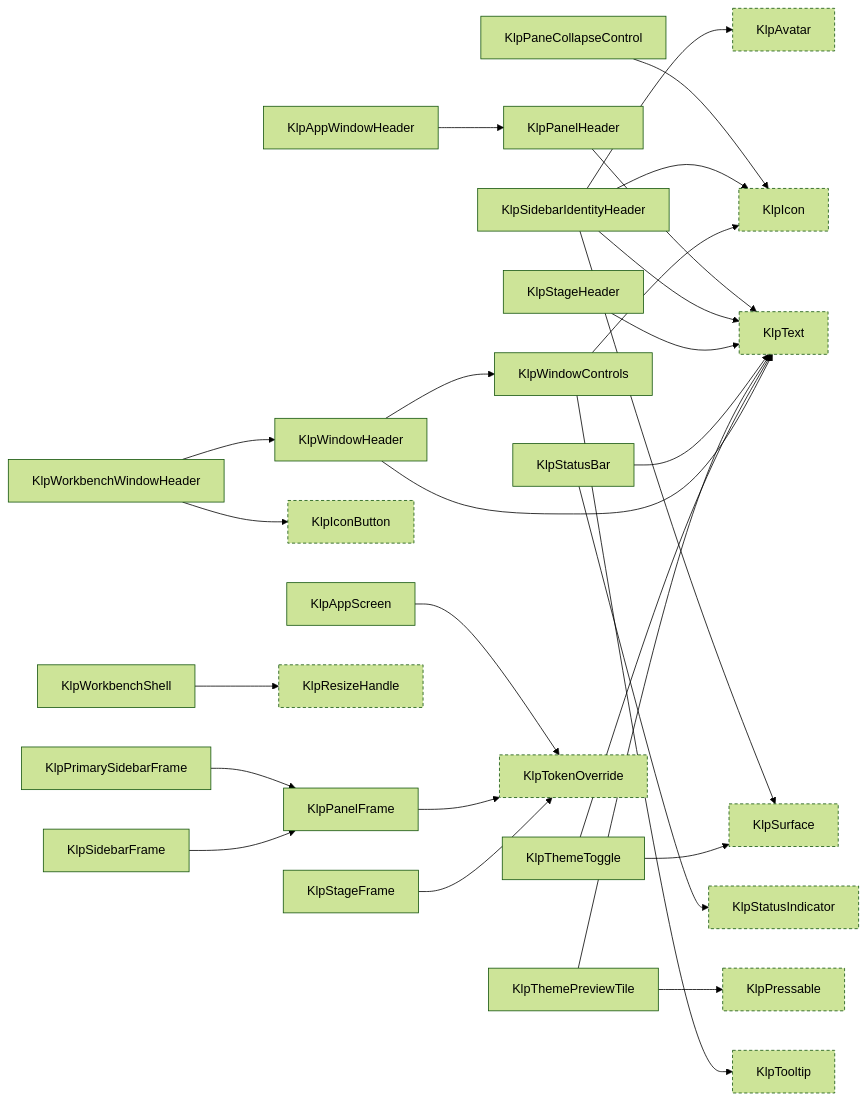
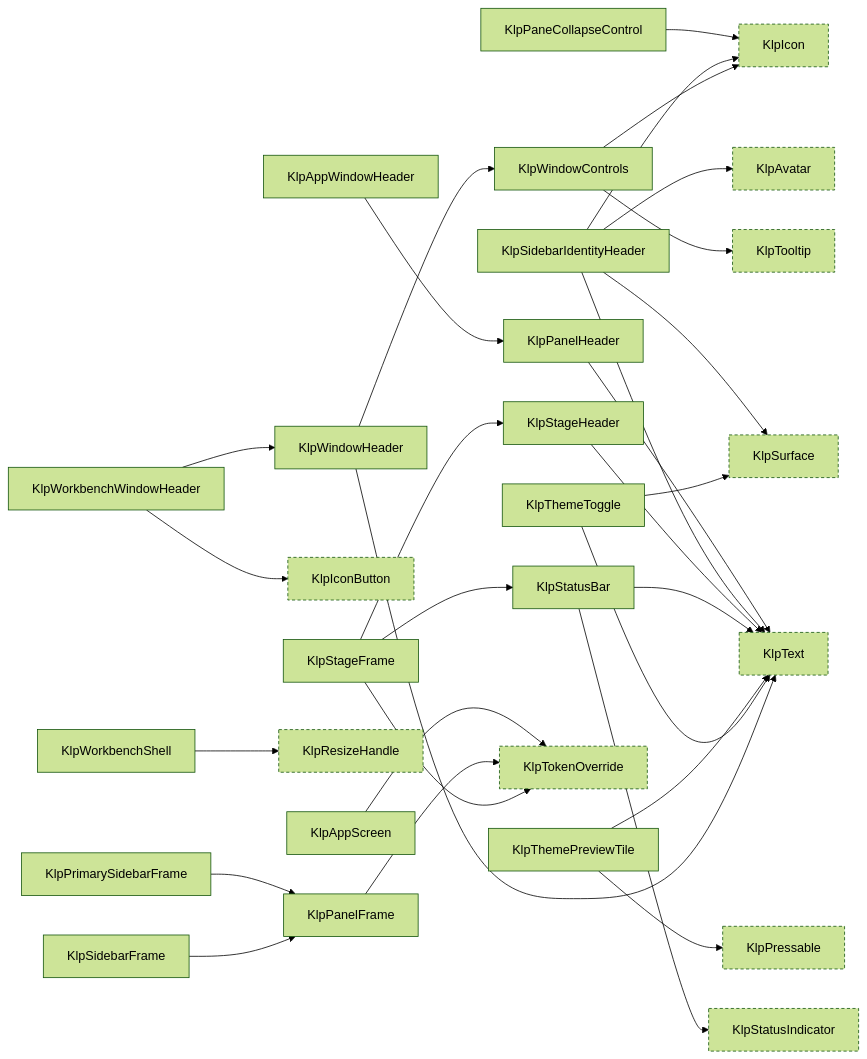
One commit to MiuDog/Kallopis changed diagram 16 of 18 in spec/component-inventory.md. Above: the diagram before and after it, drawn with Mermaid (forest theme). The commit also changed other lines of this file and 14 other files, not shown here.

````diff
--- a/spec/component-inventory.md
+++ b/spec/component-inventory.md
@@ -1055,57 +1055,59 @@
 ```mermaid
 graph LR
   KlpAppScreen["KlpAppScreen"]
   KlpAppWindowHeader["KlpAppWindowHeader"]
   KlpAvatar["KlpAvatar"]:::external
   KlpIcon["KlpIcon"]:::external
   KlpIconButton["KlpIconButton"]:::external
   KlpPaneCollapseControl["KlpPaneCollapseControl"]
   KlpPanelFrame["KlpPanelFrame"]
   KlpPanelHeader["KlpPanelHeader"]
   KlpPressable["KlpPressable"]:::external
   KlpPrimarySidebarFrame["KlpPrimarySidebarFrame"]
   KlpResizeHandle["KlpResizeHandle"]:::external
   KlpSidebarFrame["KlpSidebarFrame"]
   KlpSidebarIdentityHeader["KlpSidebarIdentityHeader"]
   KlpStageFrame["KlpStageFrame"]
   KlpStageHeader["KlpStageHeader"]
   KlpStatusBar["KlpStatusBar"]
   KlpStatusIndicator["KlpStatusIndicator"]:::external
   KlpSurface["KlpSurface"]:::external
   KlpText["KlpText"]:::external
   KlpThemePreviewTile["KlpThemePreviewTile"]
   KlpThemeToggle["KlpThemeToggle"]
   KlpTokenOverride["KlpTokenOverride"]:::external
   KlpTooltip["KlpTooltip"]:::external
   KlpWindowControls["KlpWindowControls"]
   KlpWindowHeader["KlpWindowHeader"]
   KlpWorkbenchShell["KlpWorkbenchShell"]
   KlpWorkbenchWindowHeader["KlpWorkbenchWindowHeader"]
   KlpAppScreen --> KlpTokenOverride
   KlpAppWindowHeader --> KlpPanelHeader
   KlpPaneCollapseControl --> KlpIcon
   KlpPanelFrame --> KlpTokenOverride
   KlpPanelHeader --> KlpText
   KlpPrimarySidebarFrame --> KlpPanelFrame
   KlpSidebarFrame --> KlpPanelFrame
   KlpSidebarIdentityHeader --> KlpAvatar
   KlpSidebarIdentityHeader --> KlpIcon
   KlpSidebarIdentityHeader --> KlpSurface
   KlpSidebarIdentityHeader --> KlpText
+  KlpStageFrame --> KlpStageHeader
+  KlpStageFrame --> KlpStatusBar
   KlpStageFrame --> KlpTokenOverride
   KlpStageHeader --> KlpText
   KlpStatusBar --> KlpStatusIndicator
   KlpStatusBar --> KlpText
   KlpThemePreviewTile --> KlpPressable
   KlpThemePreviewTile --> KlpText
   KlpThemeToggle --> KlpSurface
   KlpThemeToggle --> KlpText
   KlpWindowControls --> KlpIcon
   KlpWindowControls --> KlpTooltip
   KlpWindowHeader --> KlpText
   KlpWindowHeader --> KlpWindowControls
   KlpWorkbenchShell --> KlpResizeHandle
   KlpWorkbenchWindowHeader --> KlpIconButton
   KlpWorkbenchWindowHeader --> KlpWindowHeader
   classDef external stroke-dasharray: 4 3;
 ```
````
